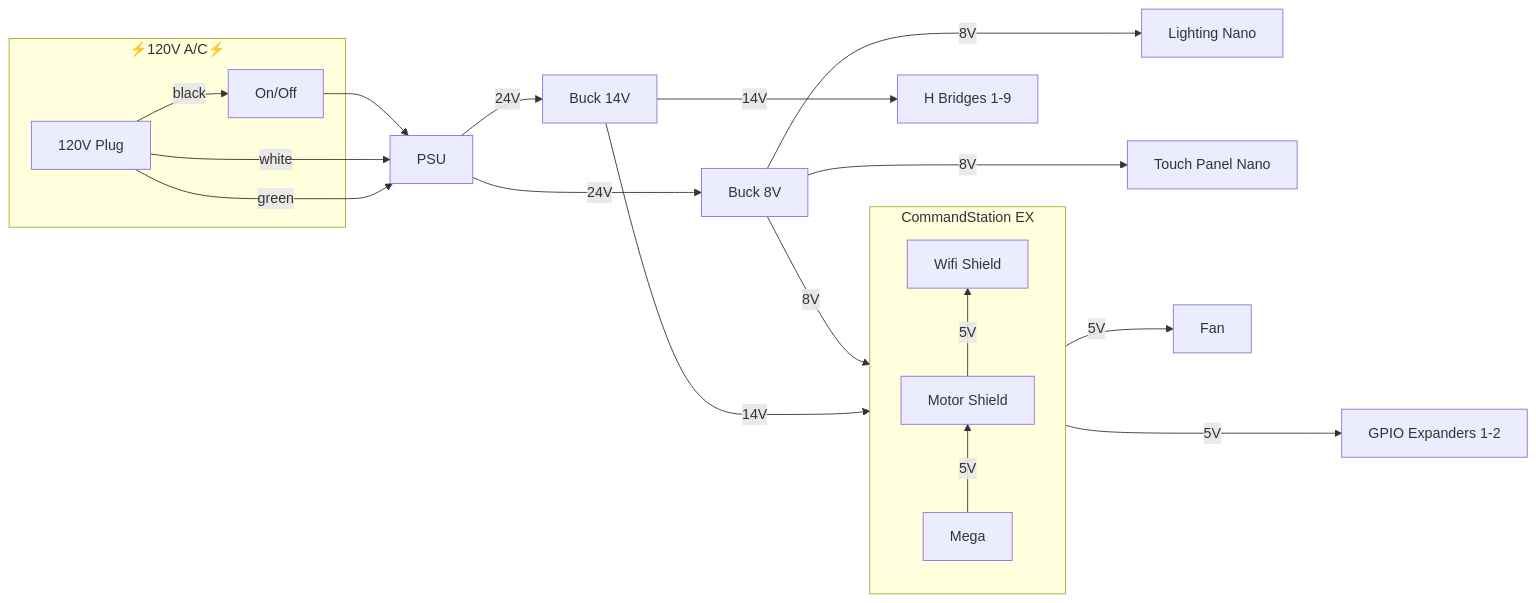
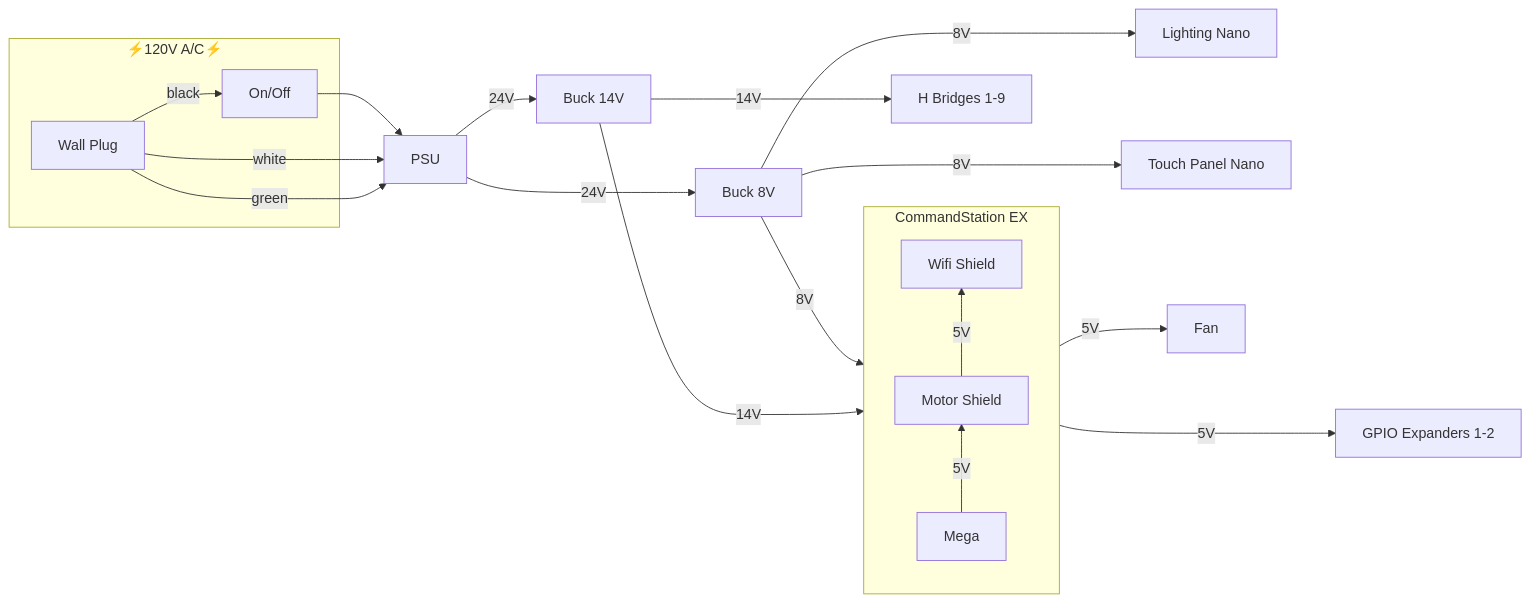
One commit to kmltechio/lumber_district changed the first of 3 diagrams in README.md. Above: the diagram before and after it, drawn with Mermaid.

````diff
--- a/README.md
+++ b/README.md
@@ -23,30 +23,30 @@
 ```mermaid
 flowchart LR
   subgraph ac ["⚡️120V A/C⚡️"]
-    P120[120V Plug]
+    P120[Wall Plug]
     Pswitch[On/Off]
     end
   PSU
   P120 -->|black| Pswitch --> PSU
   P120 -->|white| PSU
   P120 -->|green| PSU
   Buck14[Buck 14V]
   Buck8[Buck 8V]
   PSU -->|24V| Buck14 & Buck8
   subgraph CmdStn[CommandStation EX]
     direction BT
     Mega
     Motor[Motor Shield]
     WiFi[Wifi Shield]
     Mega -->|5V| Motor -->|5V| WiFi
     end
   Lights[Lighting Nano]
   Touch[Touch Panel Nano]
   Gpio["GPIO Expanders 1-2"]
   HBridge["H Bridges 1-9"]
   Buck8 -->|8V| Mega
   Buck8 --->|8V| Lights & Touch
   Buck14 --->|14V| HBridge & Motor
   Mega --->|5V| Gpio
   Mega -->|5V| Fan
 ```
````
